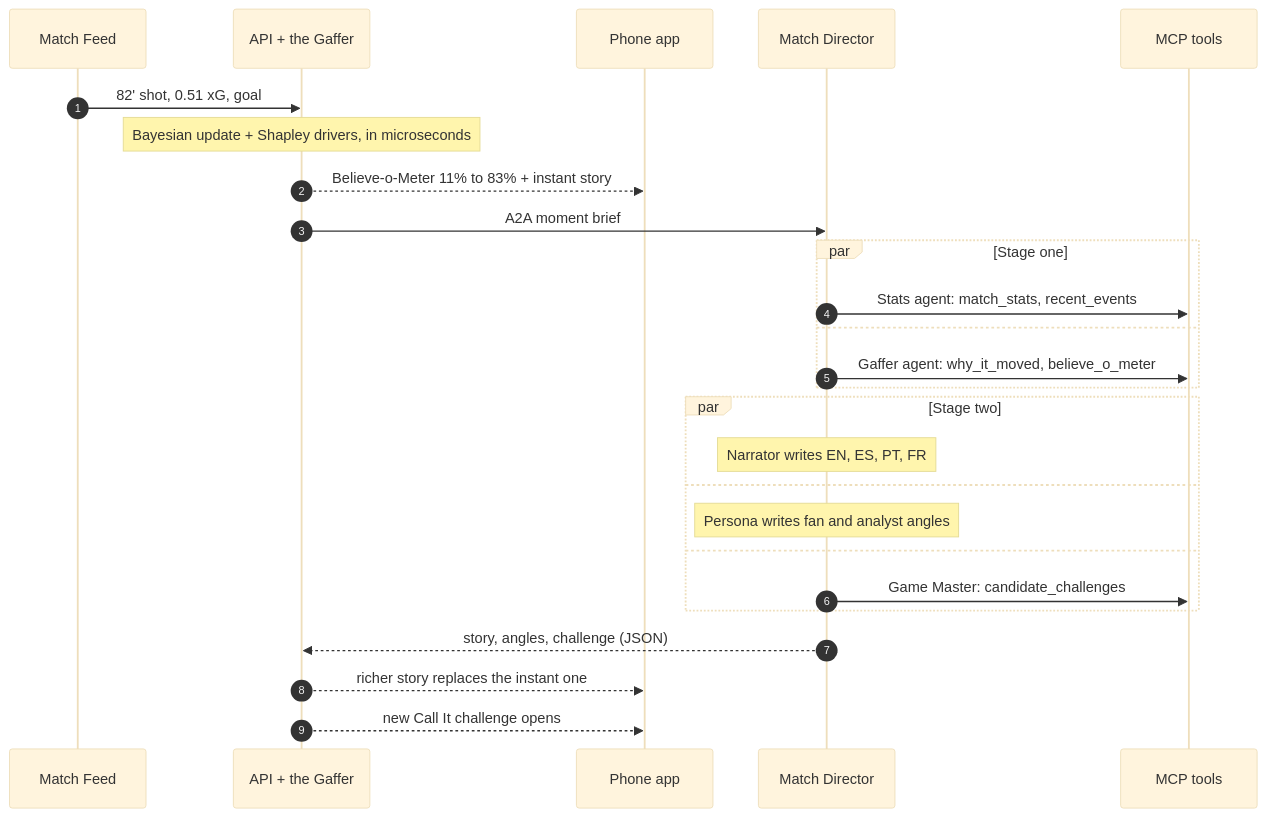
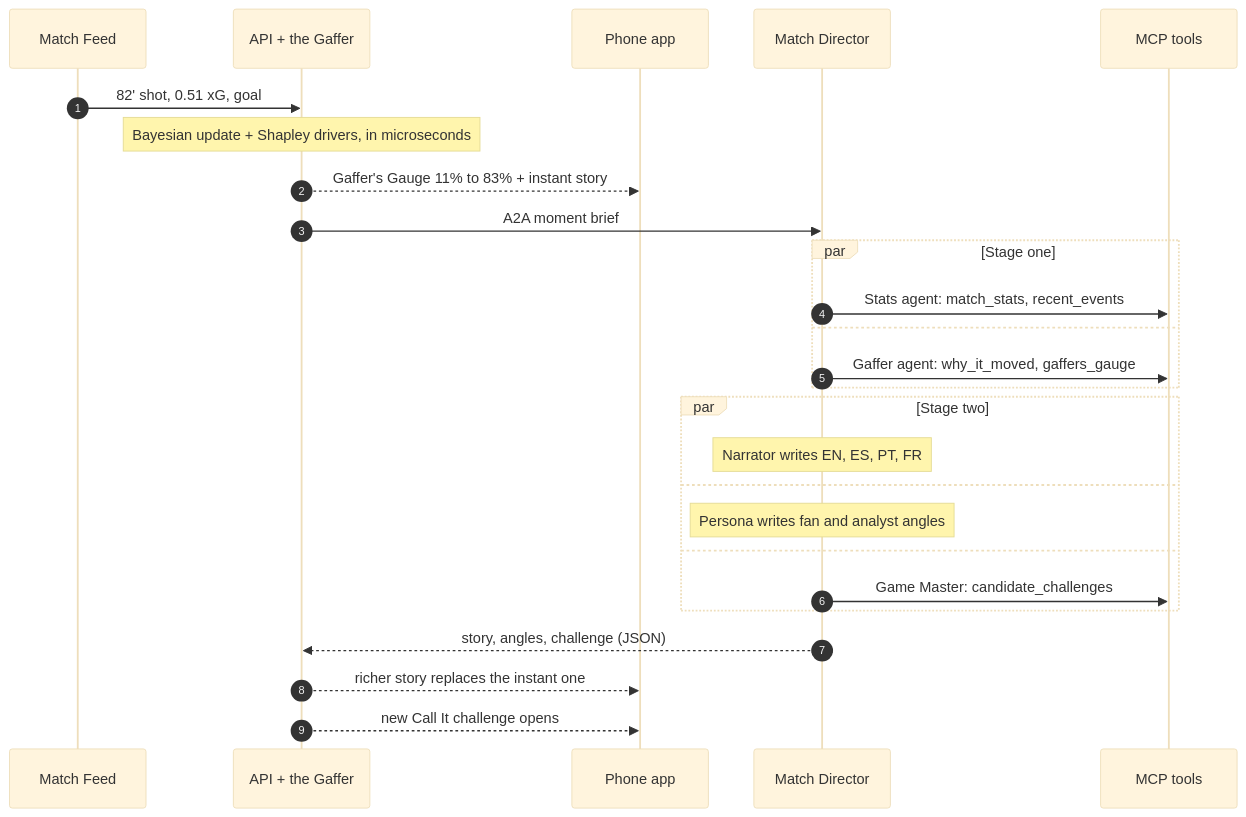
Before and after one commit to bradhack/lasso: the second of 2 diagrams in README.md, drawn with Mermaid (base theme). The commit also changed other lines of this file and 16 other files, not shown here.

First line of the commit message:
Rename the meter to Gaffer's Gauge; charts and crest sheet in the Midnight palette

````diff
--- a/README.md
+++ b/README.md
@@ -82,28 +82,28 @@
 ```mermaid
 sequenceDiagram
     autonumber
     participant F as Match Feed
     participant A as API + the Gaffer
     participant P as Phone app
     participant D as Match Director
     participant M as MCP tools
     F->>A: 82' shot, 0.51 xG, goal
     Note over A: Bayesian update + Shapley drivers, in microseconds
-    A-->>P: Believe-o-Meter 11% to 83% + instant story
+    A-->>P: Gaffer's Gauge 11% to 83% + instant story
     A->>D: A2A moment brief
     par Stage one
         D->>M: Stats agent: match_stats, recent_events
     and
-        D->>M: Gaffer agent: why_it_moved, believe_o_meter
+        D->>M: Gaffer agent: why_it_moved, gaffers_gauge
     end
     par Stage two
         Note over D: Narrator writes EN, ES, PT, FR
     and
         Note over D: Persona writes fan and analyst angles
     and
         D->>M: Game Master: candidate_challenges
     end
     D-->>A: story, angles, challenge (JSON)
     A-->>P: richer story replaces the instant one
     A-->>P: new Call It challenge opens
 ```
````
